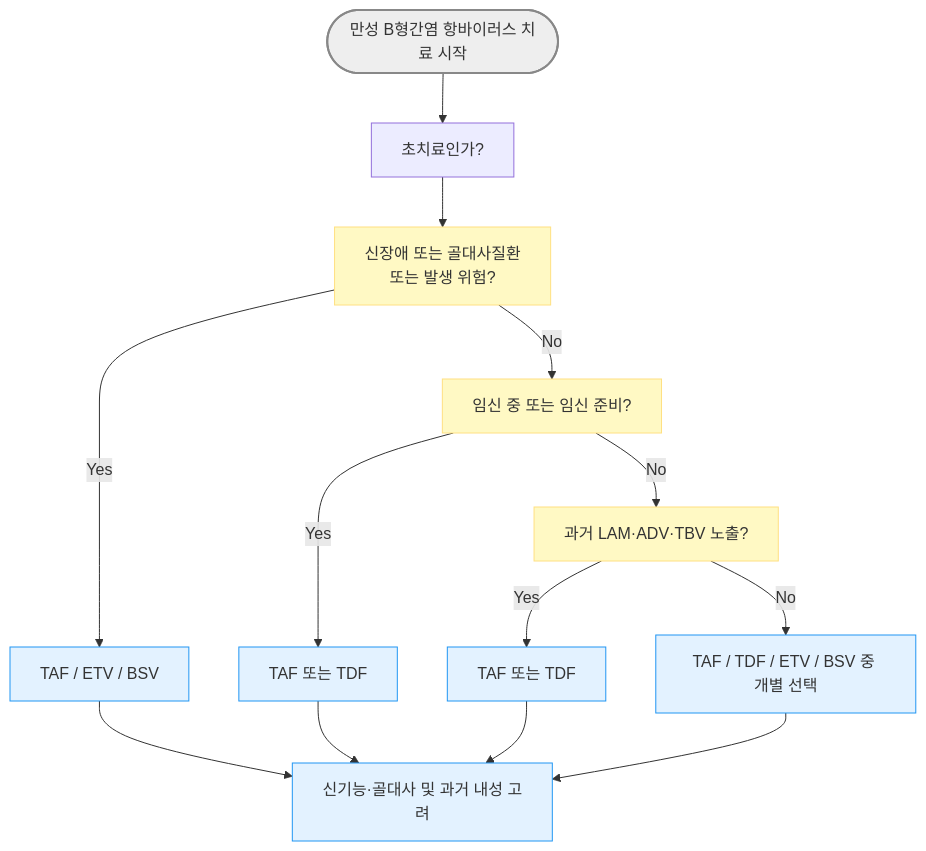
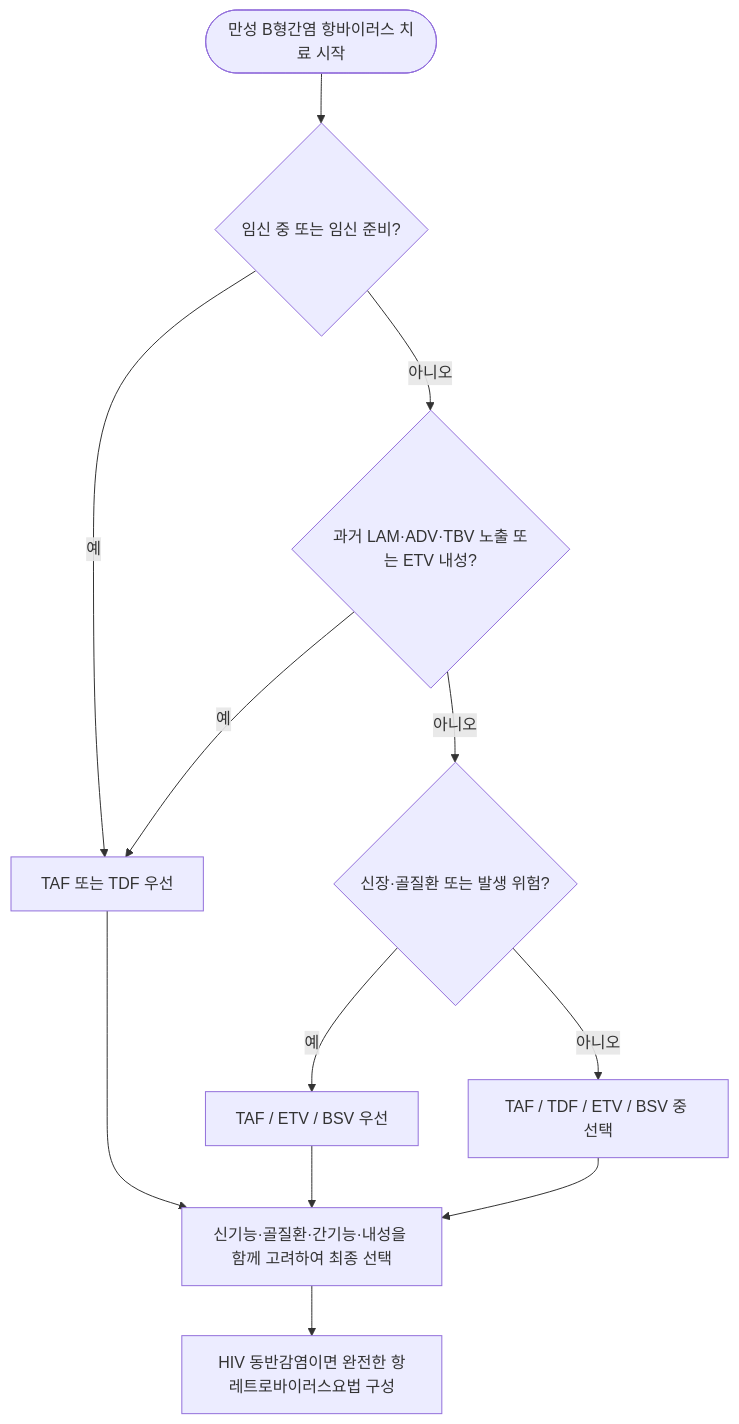
The first of 4 diagrams in 224_/091_hbv-infection.md (familyoh77/familyoh77), drawn with Mermaid before and after one commit. The commit also changed other lines of this file and 1 other file, not shown here.

````diff
--- a/224_/091_hbv-infection.md
+++ b/224_/091_hbv-infection.md
@@ -222,21 +220,14 @@
 ```mermaid
 flowchart TD
-    A([만성 B형간염 항바이러스 치료 시작]) --> B[초치료인가?]
-    B --> C[신장애 또는 골대사질환<br/>또는 발생 위험?]
-    C -- Yes --> D[TAF / ETV / BSV]
-    C -- No --> E[임신 중 또는 임신 준비?]
-    E -- Yes --> F[TAF 또는 TDF]
-    E -- No --> G[과거 LAM·ADV·TBV 노출?]
-    G -- Yes --> H[TAF 또는 TDF]
-    G -- No --> I[TAF / TDF / ETV / BSV 중 개별 선택]
-    H --> J[신기능·골대사 및 과거 내성 고려]
-    D --> J
-    F --> J
-    I --> J
-
-style A fill:#eeeeee,stroke:#888888,stroke-width:2px
-classDef yellow fill:#fff9c4,stroke:#ffe082
-class C,E,G yellow
-classDef sky fill:#e3f2ff,stroke:#2196f3
-class D,F,H,I,J sky
+    A(["만성 B형간염 항바이러스 치료 시작"]) --> B{"임신 중 또는 임신 준비?"}
+    B -- 예 --> C["TAF 또는 TDF 우선"]
+    B -- 아니오 --> D{"과거 LAM·ADV·TBV 노출 또는 ETV 내성?"}
+    D -- 예 --> C
+    D -- 아니오 --> E{"신장·골질환 또는 발생 위험?"}
+    E -- 예 --> F["TAF / ETV / BSV 우선"]
+    E -- 아니오 --> G["TAF / TDF / ETV / BSV 중 선택"]
+    C --> H["신기능·골질환·간기능·내성을 함께 고려하여 최종 선택"]
+    F --> H
+    G --> H
+    H --> I["HIV 동반감염이면 완전한 항레트로바이러스요법 구성"]
 ```
````
